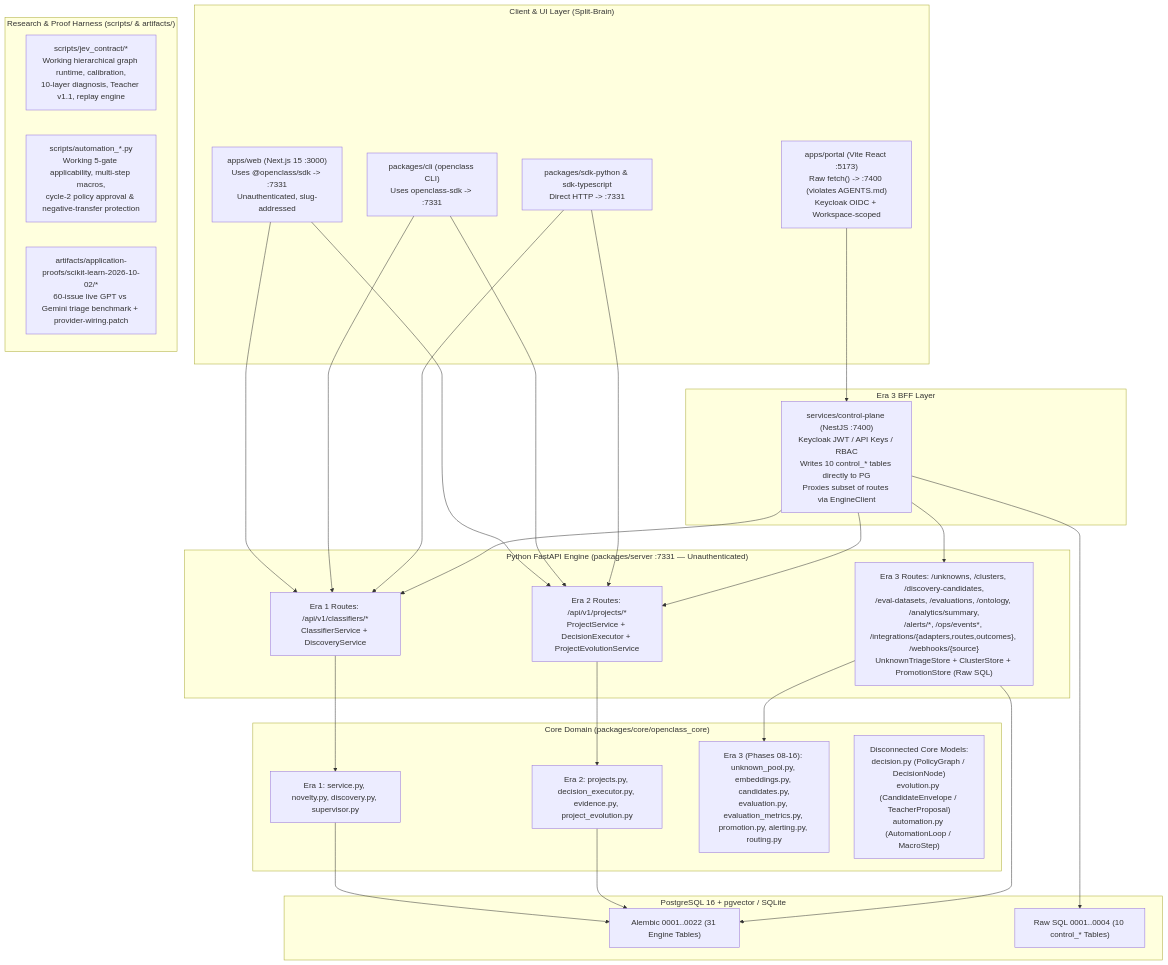
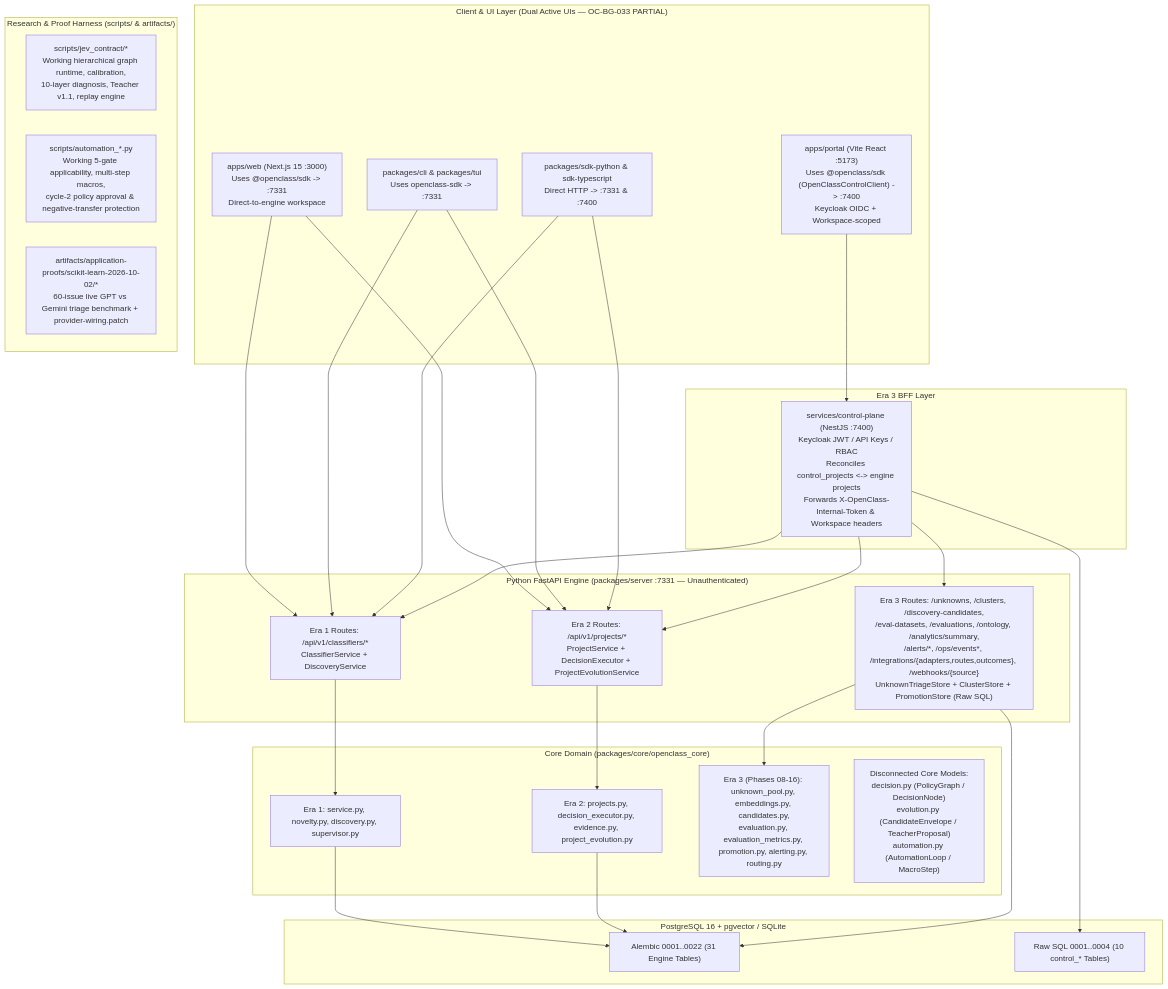
Before and after one commit to yassincodes404/OpenClass: the diagram in docs/agentic-engineering/01-system-map-and-reconciliation.md, drawn with Mermaid. The commit also changed other lines of this file and 18 other files, not shown here.

````diff
--- a/docs/agentic-engineering/01-system-map-and-reconciliation.md
+++ b/docs/agentic-engineering/01-system-map-and-reconciliation.md
@@ -14,55 +14,55 @@
 ```mermaid
 flowchart TB
-  subgraph Clients["Client & UI Layer (Split-Brain)"]
-    WEB["apps/web (Next.js 15 :3000)<br/>Uses @openclass/sdk -> :7331<br/>Unauthenticated, slug-addressed"]
-    PORTAL["apps/portal (Vite React :5173)<br/>Raw fetch() -> :7400 (violates AGENTS.md)<br/>Keycloak OIDC + Workspace-scoped"]
-    CLI["packages/cli (openclass CLI)<br/>Uses openclass-sdk -> :7331"]
-    SDKS["packages/sdk-python & sdk-typescript<br/>Direct HTTP -> :7331"]
+  subgraph Clients["Client & UI Layer (Dual Active UIs — OC-BG-033 PARTIAL)"]
+    WEB["apps/web (Next.js 15 :3000)<br/>Uses @openclass/sdk -> :7331<br/>Direct-to-engine workspace"]
+    PORTAL["apps/portal (Vite React :5173)<br/>Uses @openclass/sdk (OpenClassControlClient) -> :7400<br/>Keycloak OIDC + Workspace-scoped"]
+    CLI["packages/cli & packages/tui<br/>Uses openclass-sdk -> :7331"]
+    SDKS["packages/sdk-python & sdk-typescript<br/>Direct HTTP -> :7331 & :7400"]
   end
 
   subgraph ControlPlane["Era 3 BFF Layer"]
-    CP["services/control-plane (NestJS :7400)<br/>Keycloak JWT / API Keys / RBAC<br/>Writes 10 control_* tables directly to PG<br/>Proxies subset of routes via EngineClient"]
+    CP["services/control-plane (NestJS :7400)<br/>Keycloak JWT / API Keys / RBAC<br/>Reconciles control_projects <-> engine projects<br/>Forwards X-OpenClass-Internal-Token & Workspace headers"]
   end
 
   subgraph Engine["Python FastAPI Engine (packages/server :7331 — Unauthenticated)"]
     API_CLASS["Era 1 Routes: /api/v1/classifiers/*<br/>ClassifierService + DiscoveryService"]
     API_PROJ["Era 2 Routes: /api/v1/projects/*<br/>ProjectService + DecisionExecutor + ProjectEvolutionService"]
     API_PORTAL["Era 3 Routes: /unknowns, /clusters, /discovery-candidates,<br/>/eval-datasets, /evaluations, /ontology, /analytics/summary,<br/>/alerts/*, /ops/events*, /integrations/{adapters,routes,outcomes}, /webhooks/{source}<br/>UnknownTriageStore + ClusterStore + PromotionStore (Raw SQL)"]
   end
 
   subgraph Core["Core Domain (packages/core/openclass_core)"]
     CORE_ERA1["Era 1: service.py, novelty.py, discovery.py, supervisor.py"]
     CORE_ERA2["Era 2: projects.py, decision_executor.py, evidence.py, project_evolution.py"]
     CORE_ERA3["Era 3 (Phases 08-16): unknown_pool.py, embeddings.py, candidates.py,<br/>evaluation.py, evaluation_metrics.py, promotion.py, alerting.py, routing.py"]
     CORE_ERA2B["Disconnected Core Models:<br/>decision.py (PolicyGraph / DecisionNode)<br/>evolution.py (CandidateEnvelope / TeacherProposal)<br/>automation.py (AutomationLoop / MacroStep)"]
   end
 
   subgraph Research["Research & Proof Harness (scripts/ & artifacts/)"]
     JEV_HARNESS["scripts/jev_contract/*<br/>Working hierarchical graph runtime, calibration,<br/>10-layer diagnosis, Teacher v1.1, replay engine"]
     AUTO_HARNESS["scripts/automation_*.py<br/>Working 5-gate applicability, multi-step macros,<br/>cycle-2 policy approval & negative-transfer protection"]
     APP_PROOFS["artifacts/application-proofs/scikit-learn-2026-10-02/*<br/>60-issue live GPT vs Gemini triage benchmark + provider-wiring.patch"]
   end
 
   subgraph Storage["PostgreSQL 16 + pgvector / SQLite"]
     PG_ENGINE["Alembic 0001..0022 (31 Engine Tables)"]
     PG_CP["Raw SQL 0001..0004 (10 control_* Tables)"]
   end
 
   WEB --> API_CLASS
   WEB --> API_PROJ
   CLI --> API_CLASS
   CLI --> API_PROJ
   SDKS --> API_CLASS
   SDKS --> API_PROJ
   PORTAL --> CP
   CP --> PG_CP
   CP --> API_CLASS
   CP --> API_PROJ
   CP --> API_PORTAL
   API_CLASS --> CORE_ERA1
   API_PROJ --> CORE_ERA2
   API_PORTAL --> CORE_ERA3
   CORE_ERA1 --> PG_ENGINE
   CORE_ERA2 --> PG_ENGINE
   API_PORTAL --> PG_ENGINE
 ```
````
